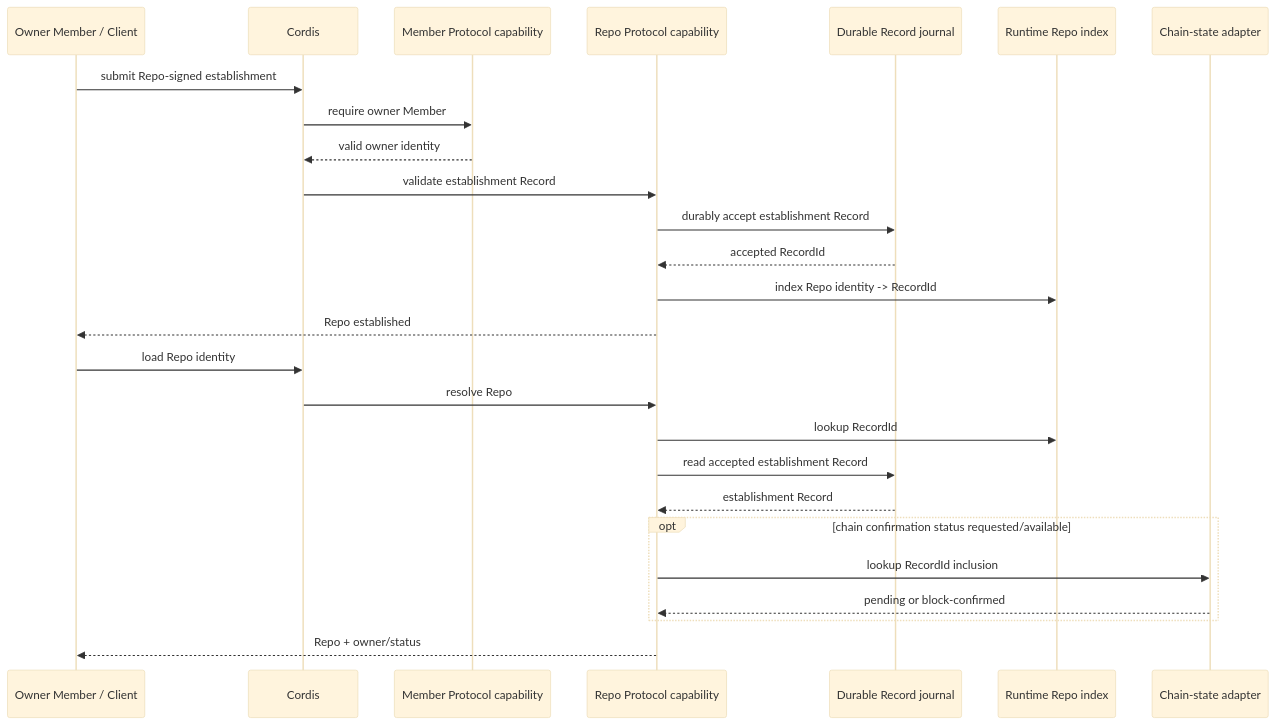
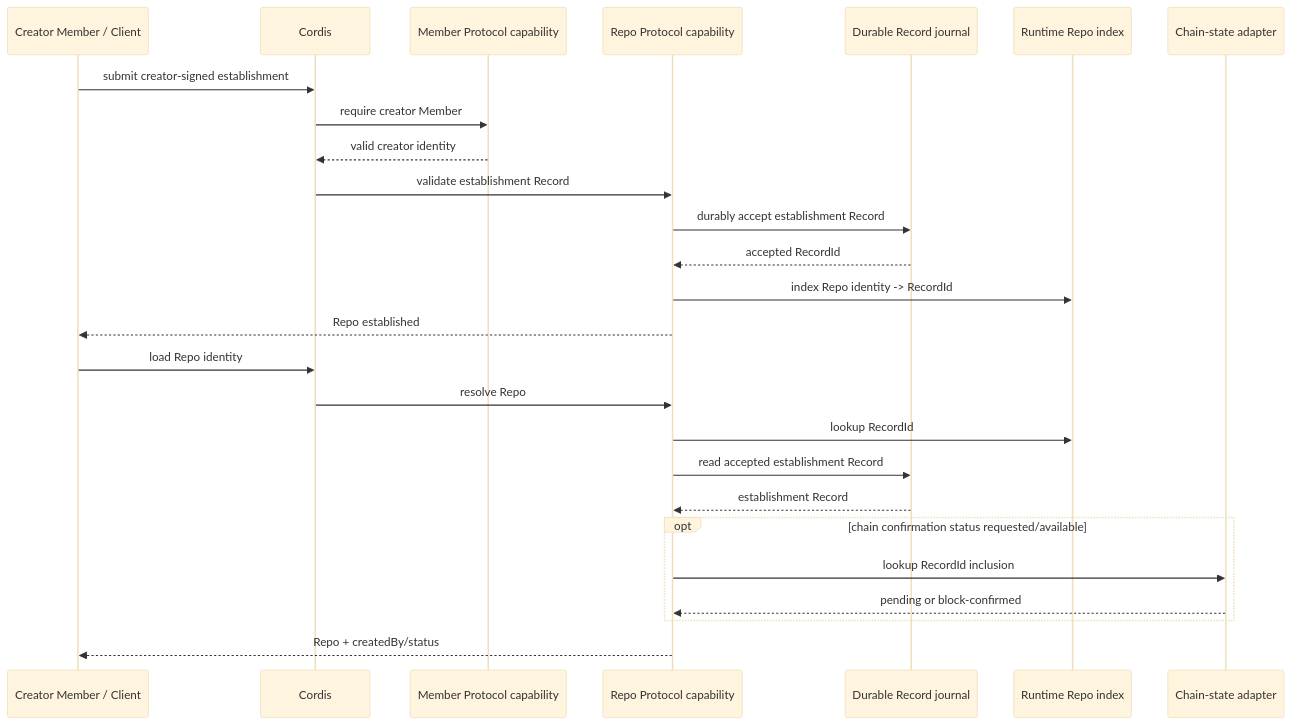
The third of 5 diagrams in docs/architecture.md (labourchain/repository), drawn with Mermaid (base theme) before and after one commit. The commit also changed other lines of this file, not shown here.

Commit message:
docs: restore creator-signed Repo establishment architecture

````diff
--- a/docs/architecture.md
+++ b/docs/architecture.md
@@ -273,30 +275,30 @@
 ```mermaid
 sequenceDiagram
-    participant Owner as Owner Member / Client
+    participant Creator as Creator Member / Client
     participant Cordis as Cordis
     participant MemberProtocol as Member Protocol capability
     participant Repo as Repo Protocol capability
     participant Journal as Durable Record journal
     participant Index as Runtime Repo index
     participant Chain as Chain-state adapter
 
-    Owner->>Cordis: submit Repo-signed establishment
-    Cordis->>MemberProtocol: require owner Member
-    MemberProtocol-->>Cordis: valid owner identity
+    Creator->>Cordis: submit creator-signed establishment
+    Cordis->>MemberProtocol: require creator Member
+    MemberProtocol-->>Cordis: valid creator identity
     Cordis->>Repo: validate establishment Record
     Repo->>Journal: durably accept establishment Record
     Journal-->>Repo: accepted RecordId
     Repo->>Index: index Repo identity -> RecordId
-    Repo-->>Owner: Repo established
+    Repo-->>Creator: Repo established
 
-    Owner->>Cordis: load Repo identity
+    Creator->>Cordis: load Repo identity
     Cordis->>Repo: resolve Repo
     Repo->>Index: lookup RecordId
     Repo->>Journal: read accepted establishment Record
     Journal-->>Repo: establishment Record
     opt chain confirmation status requested/available
         Repo->>Chain: lookup RecordId inclusion
         Chain-->>Repo: pending or block-confirmed
     end
-    Repo-->>Owner: Repo + owner/status
+    Repo-->>Creator: Repo + createdBy/status
 ```
````
